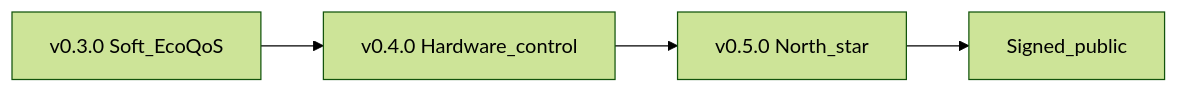
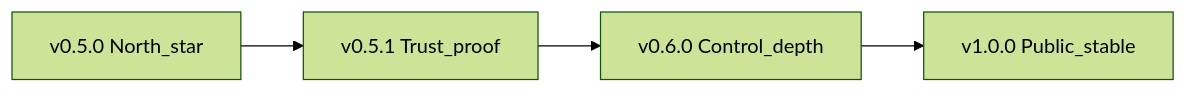
Before and after one commit to Dendro-X0/Unstick: the diagram in docs/roadmap-next-release.md, drawn with Mermaid (forest theme). The commit also changed other lines of this file and 9 other files, not shown here.

First line of the commit message:
Start Unstick 0.5.1 trust-and-proof band.

````diff
--- a/docs/roadmap-next-release.md
+++ b/docs/roadmap-next-release.md
@@ -8,8 +8,8 @@
 ```mermaid
 flowchart LR
-  v03[v0.3.0 Soft_EcoQoS]
-  v04[v0.4.0 Hardware_control]
   v05[v0.5.0 North_star]
-  sign[Signed_public]
-  v03 --> v04 --> v05 --> sign
+  v051[v0.5.1 Trust_proof]
+  v06[v0.6.0 Control_depth]
+  v10[v1.0.0 Public_stable]
+  v05 --> v051 --> v06 --> v10
 ```
````
